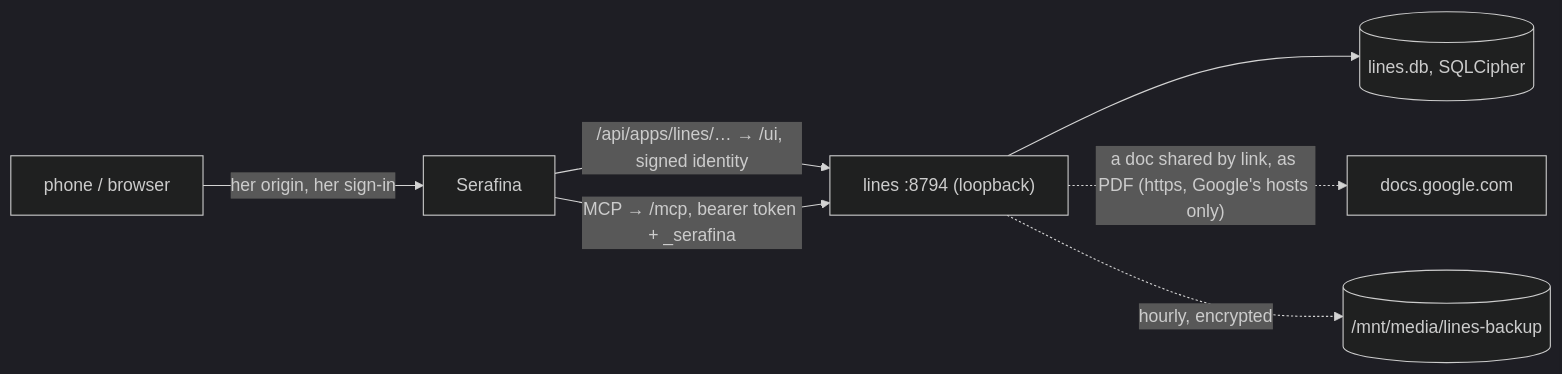
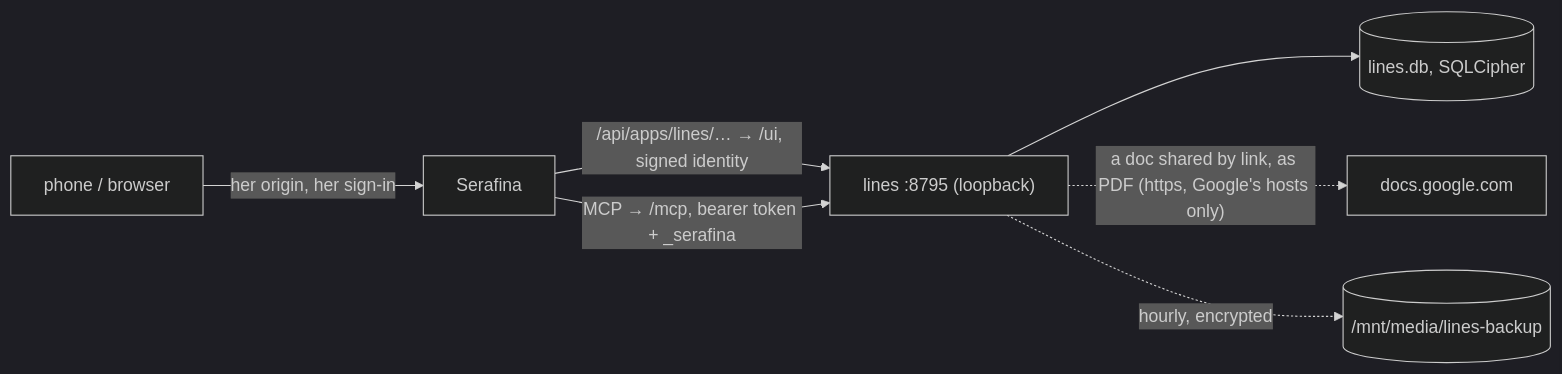
The diagram in README.md (ringdk/lines), drawn with Mermaid (dark theme) before and after one commit. The commit also changed other lines of this file and 11 other files, not shown here.

````diff
--- a/README.md
+++ b/README.md
@@ -12,9 +12,9 @@
 ```mermaid
 flowchart LR
   phone["phone / browser"] -->|her origin, her sign-in| serafina["Serafina"]
-  serafina -->|"/api/apps/lines/… → /ui, signed identity"| app["lines :8794 (loopback)"]
+  serafina -->|"/api/apps/lines/… → /ui, signed identity"| app["lines :8795 (loopback)"]
   serafina -->|"MCP → /mcp, bearer token + _serafina"| app
   app --> db[("lines.db, SQLCipher")]
   app -.->|"a doc shared by link, as PDF (https, Google's hosts only)"| google["docs.google.com"]
   app -.->|hourly, encrypted| backup[("/mnt/media/lines-backup")]
 ```
````
